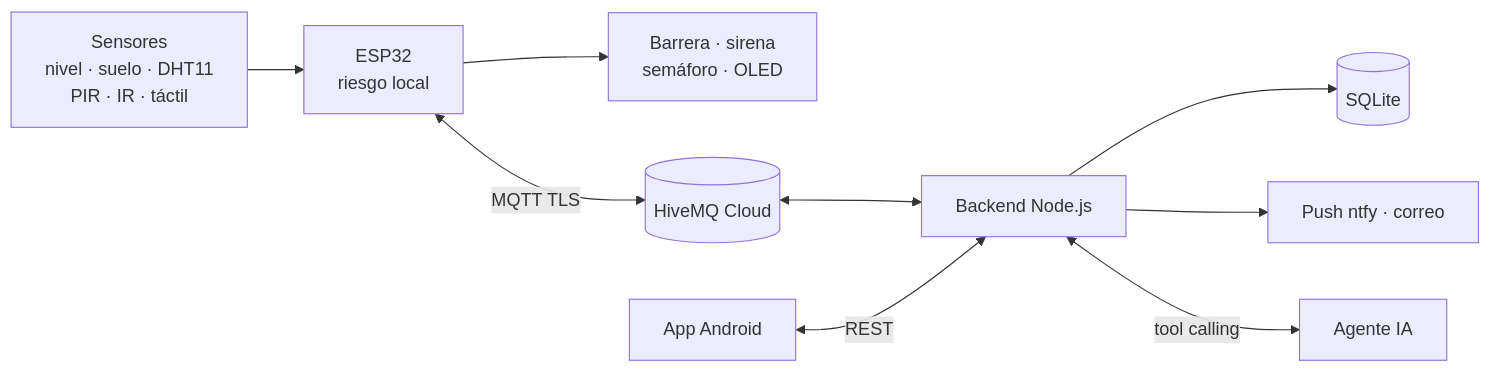
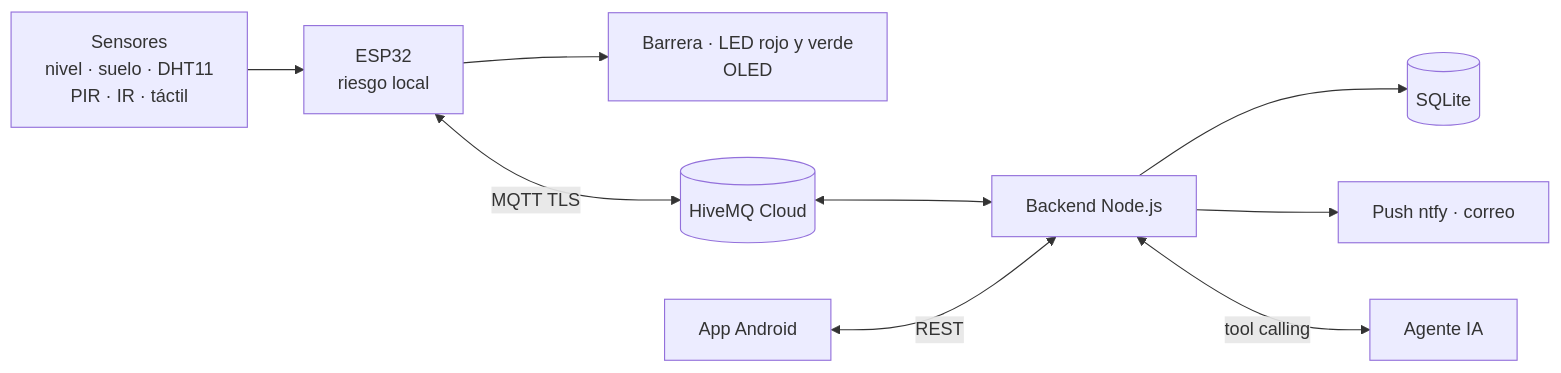
One commit to SantiagoRicaurte06/Proyecto-ESP32-IoT changed the diagram in README.md. Above: the diagram before and after it, drawn with Mermaid. The commit also changed other lines of this file and 12 other files, not shown here.

````diff
--- a/README.md
+++ b/README.md
@@ -41,11 +41,11 @@
 ```mermaid
 flowchart LR
   S["Sensores<br/>nivel · suelo · DHT11<br/>PIR · IR · táctil"] --> E["ESP32<br/>riesgo local"]
-  E --> A["Barrera · sirena<br/>semáforo · OLED"]
+  E --> A["Barrera · LED rojo y verde<br/>OLED"]
   E <-->|MQTT TLS| B[("HiveMQ Cloud")]
   B <--> K["Backend Node.js"]
   K --> D[("SQLite")]
   K --> N["Push ntfy · correo"]
   APP["App Android"] <-->|REST| K
   K <-->|tool calling| IA["Agente IA"]
 ```
````
